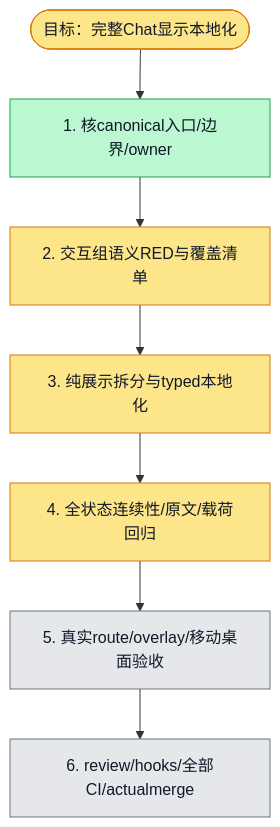
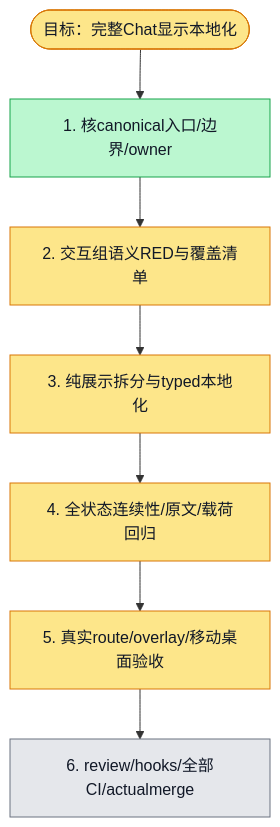
Before and after one commit to boardx/workspacex: the diagram in docs/design/i18n-chat-workspace/plan.md, drawn with Mermaid. The commit also changed 34 other files, not shown here.

````diff
--- a/docs/design/i18n-chat-workspace/plan.md
+++ b/docs/design/i18n-chat-workspace/plan.md
@@ -17,26 +17,26 @@
 ```mermaid
 flowchart TD
   G([目标：完整Chat显示本地化])
   S1[1. 核canonical入口/边界/owner]
   S2[2. 交互组语义RED与覆盖清单]
   S3[3. 纯展示拆分与typed本地化]
   S4[4. 全状态连续性/原文/载荷回归]
   S5[5. 真实route/overlay/移动桌面验收]
   S6[6. review/hooks/全部CI/actualmerge]
 
   G --> S1 --> S2 --> S3 --> S4 --> S5 --> S6
 
   classDef todo fill:#e5e7eb,stroke:#6b7280,color:#111827
   classDef doing fill:#fde68a,stroke:#d97706,color:#111827
   classDef done fill:#bbf7d0,stroke:#16a34a,color:#111827
   classDef tested fill:#ddd6fe,stroke:#7c3aed,color:#111827
   classDef blocked fill:#fecaca,stroke:#dc2626,color:#111827
 
   class G doing
   class S1 done
   class S2 doing
   class S3 doing
   class S4 doing
-  class S5 todo
+  class S5 doing
   class S6 todo
 ```
````
